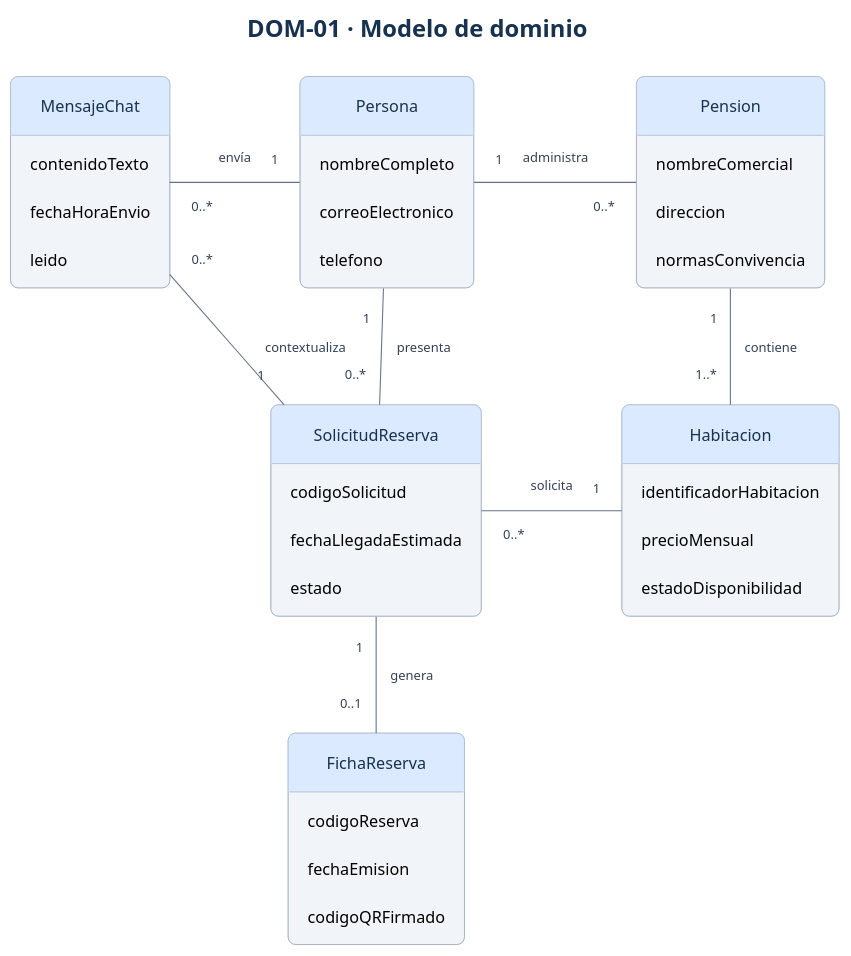
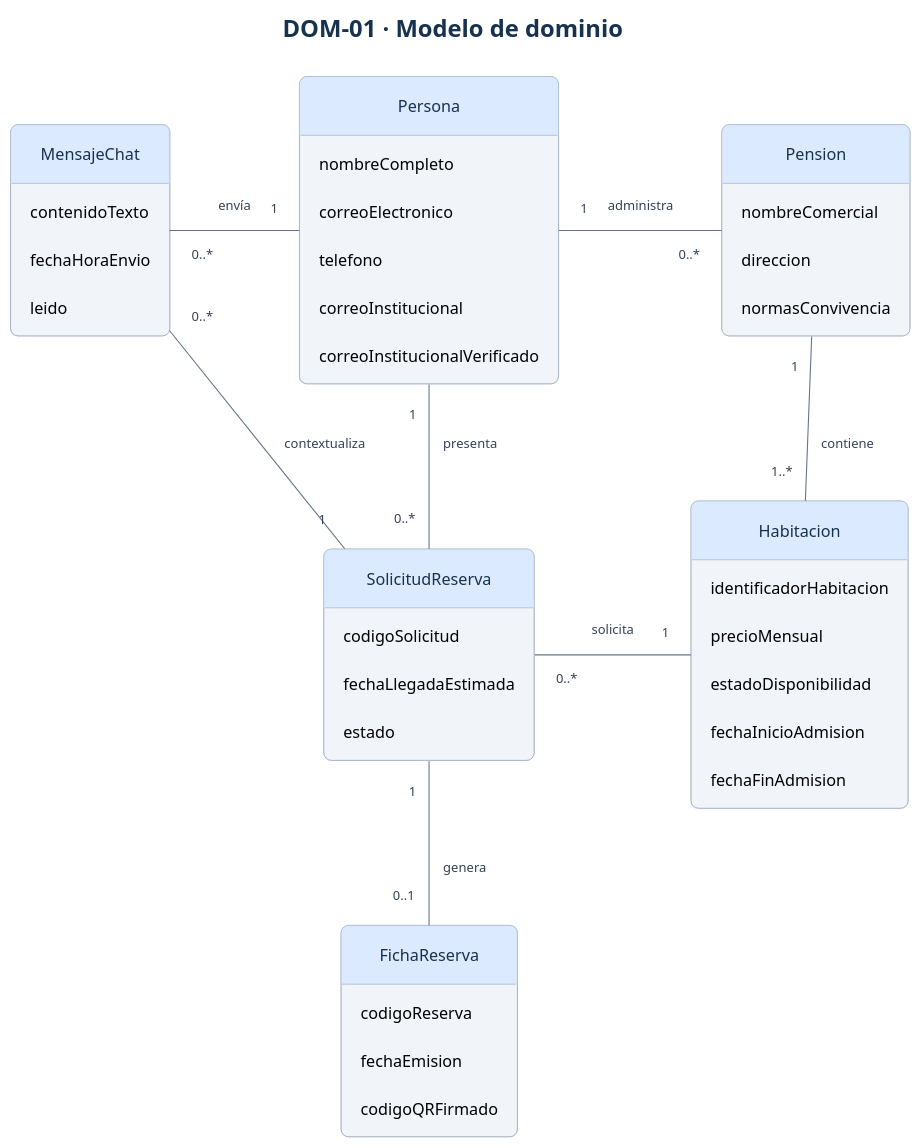
Before and after one commit to busca-tunido-requisitos/entrega-1: the diagram in diagramas/modelo-dominio.puml, drawn with PlantUML. The commit also changed 78 other files, not shown here.

```diff
--- a/diagramas/modelo-dominio.puml
+++ b/diagramas/modelo-dominio.puml
@@ -1,70 +1,74 @@
 @startuml
 title DOM-01 · Modelo de dominio
 skinparam defaultFontName Arial
 skinparam defaultFontSize 15
 skinparam titleFontSize 22
 skinparam titleFontColor #16324F
 skinparam backgroundColor #FFFFFF
 skinparam shadowing false
 skinparam ArrowColor #64748B
 skinparam ArrowFontColor #334155
 skinparam ArrowFontSize 12
 skinparam roundcorner 14
 skinparam nodesep 65
 skinparam ranksep 65
 skinparam padding 12
 skinparam classBackgroundColor #F1F5F9
 skinparam classBorderColor #94A3B8
 skinparam classHeaderBackgroundColor #DBEAFE
 skinparam classFontColor #16324F
 skinparam stateBackgroundColor #EFF6FF
 skinparam stateBorderColor #7C9CBF
 skinparam stateFontColor #16324F
 skinparam usecaseBackgroundColor #EFF6FF
 skinparam usecaseBorderColor #7C9CBF
 skinparam usecaseFontColor #16324F
 skinparam actorBorderColor #475569
 skinparam actorFontColor #16324F
 skinparam rectangleBorderColor #CBD5E1
 skinparam rectangleFontColor #16324F
 hide methods
 hide circle
 skinparam classAttributeIconSize 0
 class Persona {
   nombreCompleto
   correoElectronico
   telefono
+  correoInstitucional
+  correoInstitucionalVerificado
 }
 class Pension {
   nombreComercial
   direccion
   normasConvivencia
 }
 class Habitacion {
   identificadorHabitacion
   precioMensual
   estadoDisponibilidad
+  fechaInicioAdmision
+  fechaFinAdmision
 }
 class SolicitudReserva {
   codigoSolicitud
   fechaLlegadaEstimada
   estado
 }
 class FichaReserva {
   codigoReserva
   fechaEmision
   codigoQRFirmado
 }
 class MensajeChat {
   contenidoTexto
   fechaHoraEnvio
   leido
 }
 Persona "1" -right- "0..*" Pension : administra
 Pension "1" -down- "1..*" Habitacion : contiene
 Persona "1" -down- "0..*" SolicitudReserva : presenta
 SolicitudReserva "0..*" -right- "1" Habitacion : solicita
 SolicitudReserva "1" -down- "0..1" FichaReserva : genera
 SolicitudReserva "1" -left- "0..*" MensajeChat : contextualiza
 Persona "1" -left- "0..*" MensajeChat : envía
 @enduml
```
